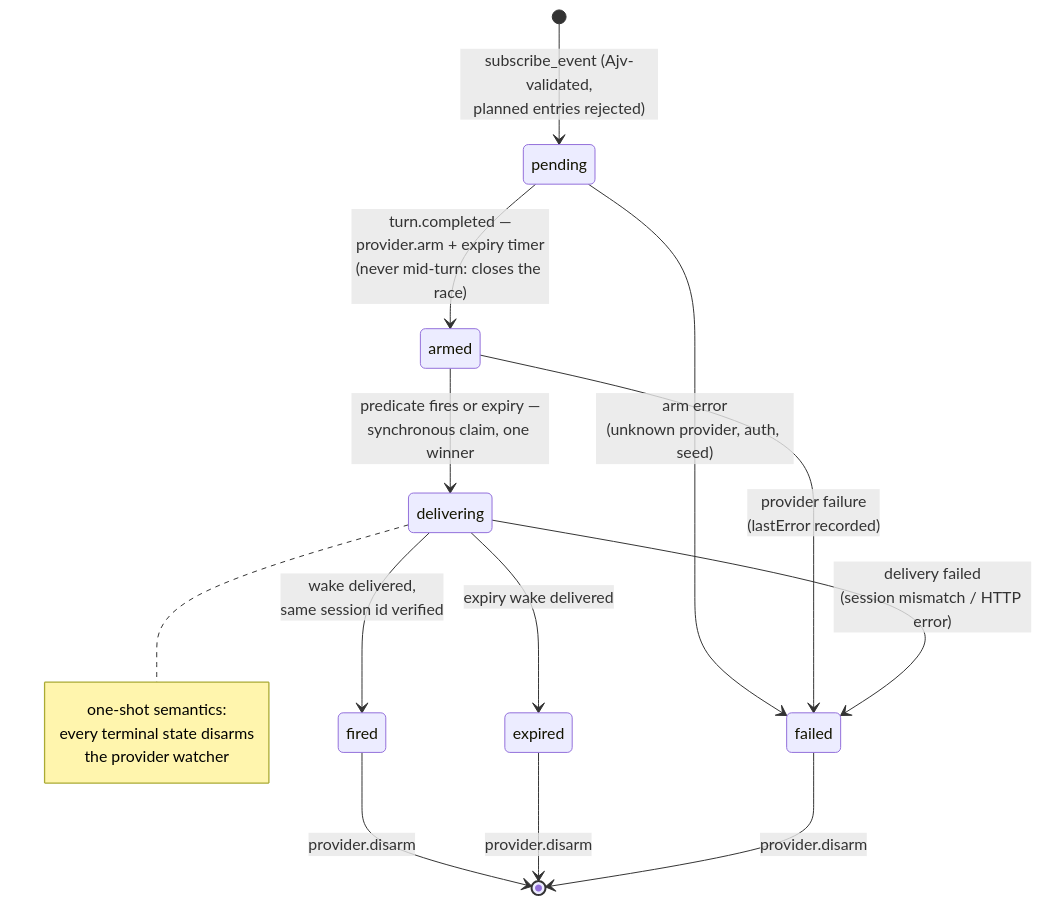
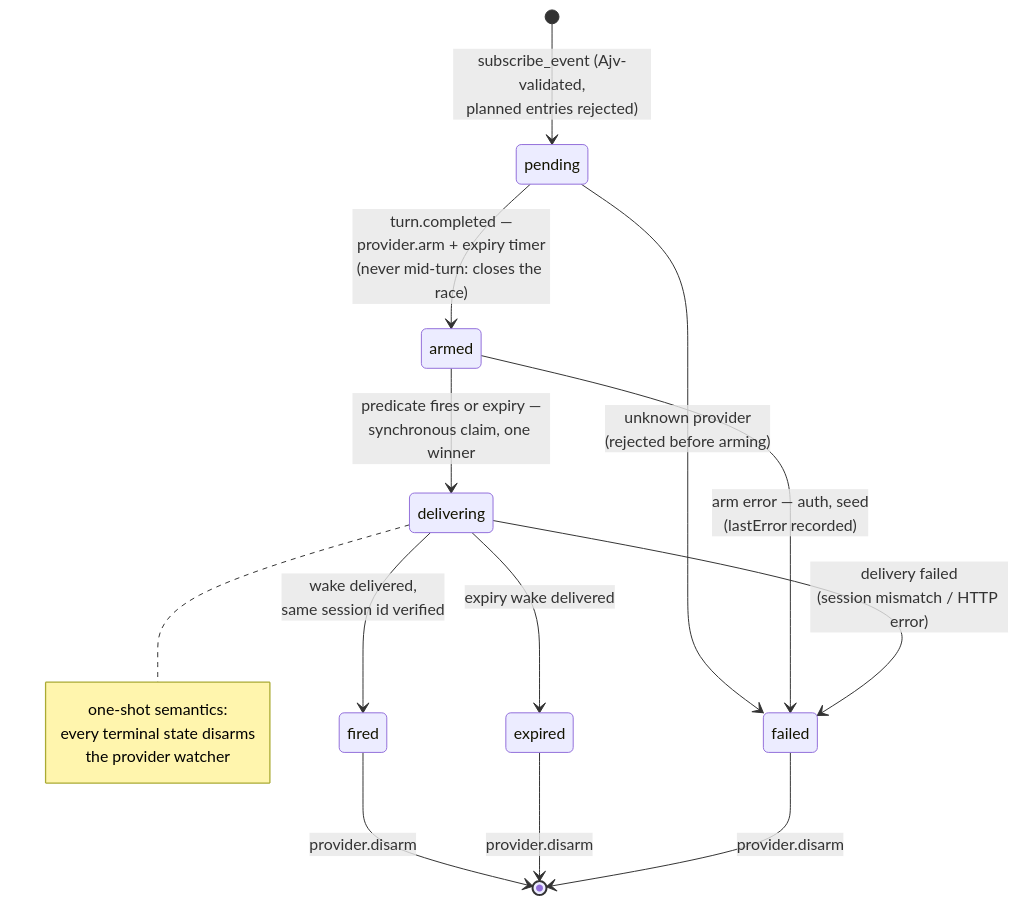
The third of 3 diagrams in README.md (pcomans/eve-event-catalog), drawn with Mermaid before and after one commit. The commit also changed other lines of this file and 2 other files, not shown here.

````diff
--- a/README.md
+++ b/README.md
@@ -141,20 +164,20 @@
 ```mermaid
 stateDiagram-v2
     [*] --> pending: subscribe_event (Ajv-validated,<br/>planned entries rejected)
     pending --> armed: turn.completed —<br/>provider.arm + expiry timer<br/>(never mid-turn: closes the race)
-    pending --> failed: arm error<br/>(unknown provider, auth, seed)
+    pending --> failed: unknown provider<br/>(rejected before arming)
+    armed --> failed: arm error — auth, seed<br/>(lastError recorded)
     armed --> delivering: predicate fires or expiry —<br/>synchronous claim, one winner
-    armed --> failed: provider failure<br/>(lastError recorded)
     delivering --> fired: wake delivered,<br/>same session id verified
     delivering --> expired: expiry wake delivered
     delivering --> failed: delivery failed<br/>(session mismatch / HTTP error)
     fired --> [*]: provider.disarm
     expired --> [*]: provider.disarm
     failed --> [*]: provider.disarm
 
     note right of delivering
         one-shot semantics:
         every terminal state disarms
         the provider watcher
     end note
 ```
````
